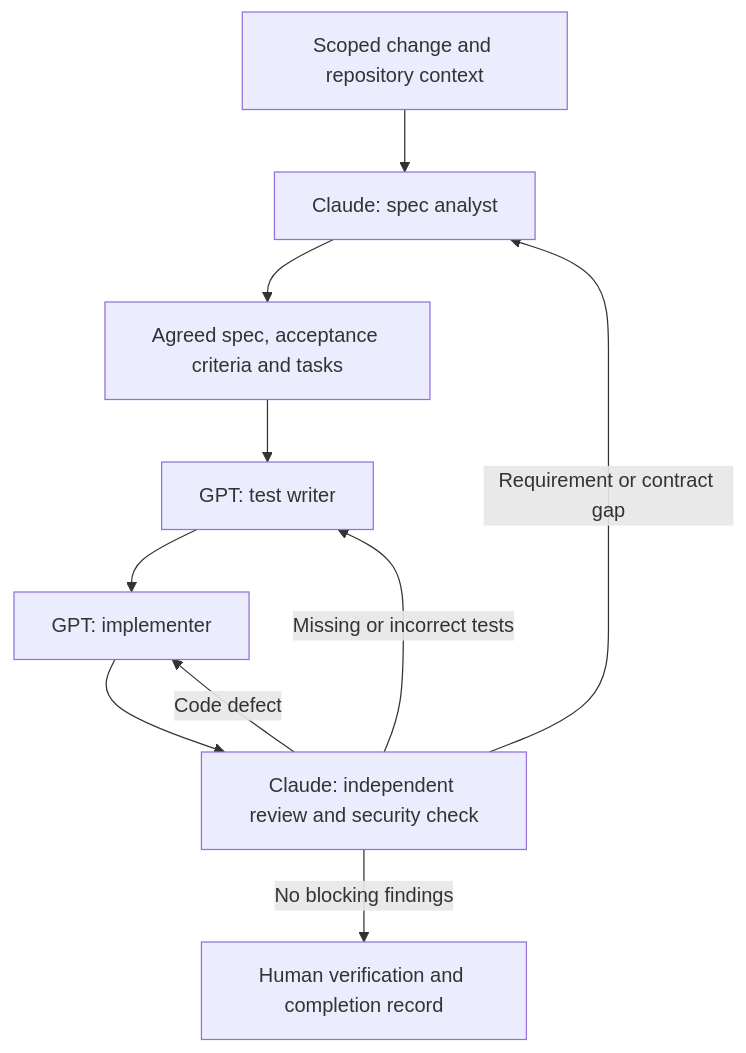
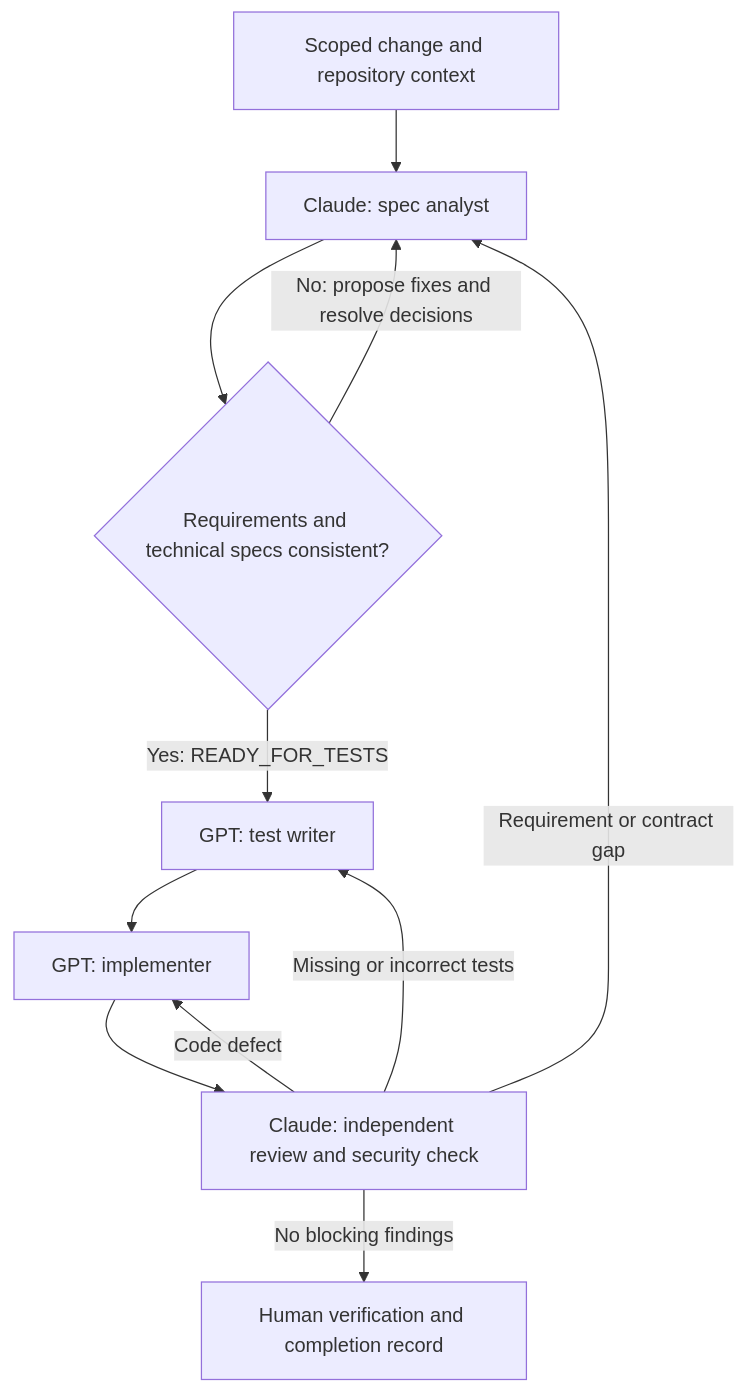
One commit to CS3227-2610-MP3-UniChope/CS3227-2610-MP3 changed the diagram in workflow/student/NOTE.md. Above: the diagram before and after it, drawn with Mermaid. The commit also changed other lines of this file and 6 other files, not shown here.

````diff
--- a/workflow/student/NOTE.md
+++ b/workflow/student/NOTE.md
@@ -85,12 +86,13 @@
 ```mermaid
 flowchart TD
     A[Scoped change and repository context] --> B[Claude: spec analyst]
-    B --> C[Agreed spec, acceptance criteria and tasks]
-    C --> D[GPT: test writer]
+    B --> C{Requirements and technical specs consistent?}
+    C -->|No: propose fixes and resolve decisions| B
+    C -->|Yes: READY_FOR_TESTS| D[GPT: test writer]
     D --> E[GPT: implementer]
     E --> F[Claude: independent review and security check]
     F -->|Code defect| E
     F -->|Missing or incorrect tests| D
     F -->|Requirement or contract gap| B
     F -->|No blocking findings| G[Human verification and completion record]
 ```
````
